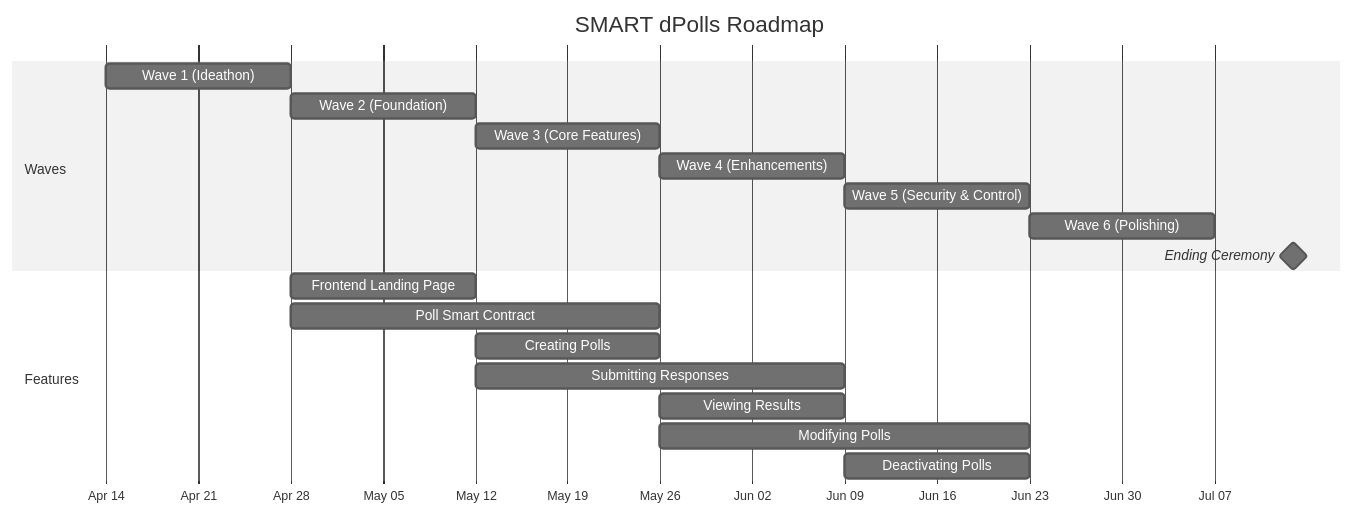
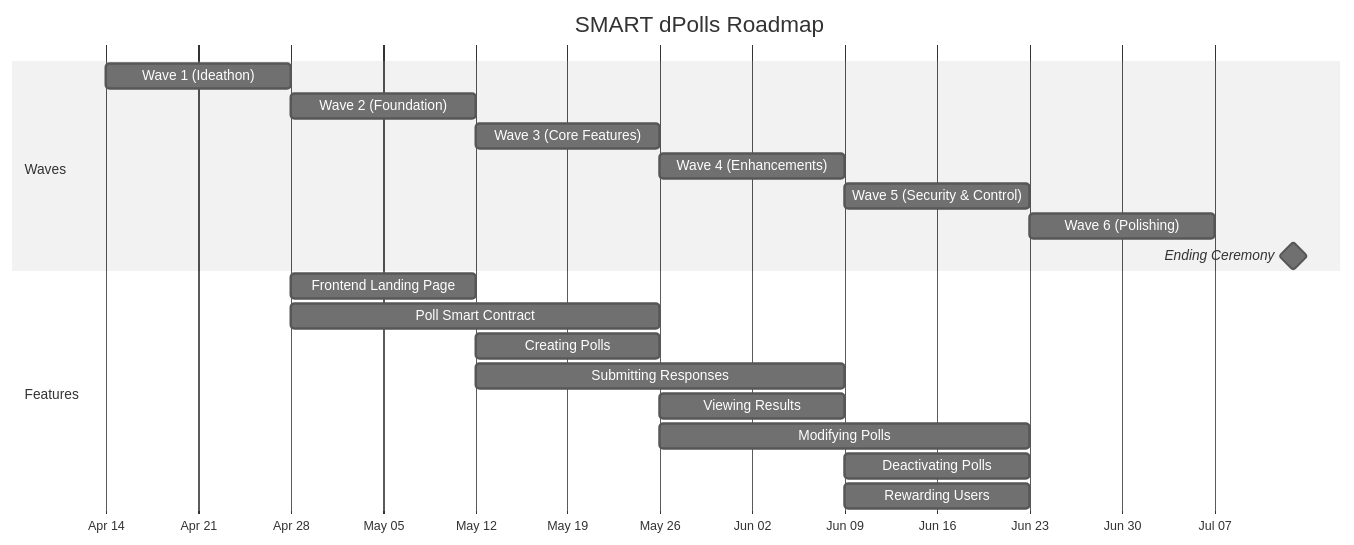
The first of 2 diagrams in README.md (dpolls/dpolls), drawn with Mermaid (neutral theme) before and after one commit.

````diff
--- a/README.md
+++ b/README.md
@@ -9,25 +9,26 @@
 ```mermaid
 %% Roadmap Timeline (Gantt Chart)
 gantt
     title SMART dPolls Roadmap
     dateFormat  YYYY-MM-DD
     axisFormat %b %d
 
     section Waves
     Wave 1 (Ideathon)          :a1, 2024-04-14, 14d
     Wave 2 (Foundation)        :a2, after a1, 14d
     Wave 3 (Core Features)     :a3, after a2, 14d
     Wave 4 (Enhancements)      :a4, after a3, 14d
     Wave 5 (Security & Control):a5, after a4, 14d
     Wave 6 (Polishing)         :a6, after a5, 14d
     Ending Ceremony            :milestone, 2024-07-13, 0d
 
     section Features
     Frontend Landing Page     :b1, 2024-04-28, 14d
     Poll Smart Contract       :b2, 2024-04-28, 28d
     Creating Polls            :b3, 2024-05-12, 14d
     Submitting Responses      :b4, 2024-05-12, 28d
     Viewing Results           :b5, 2024-05-26, 14d
     Modifying Polls           :b6, 2024-05-26, 28d
     Deactivating Polls        :b7, 2024-06-09, 14d
+    Rewarding Users           :b8, 2024-06-09, 14d
 ```
````
